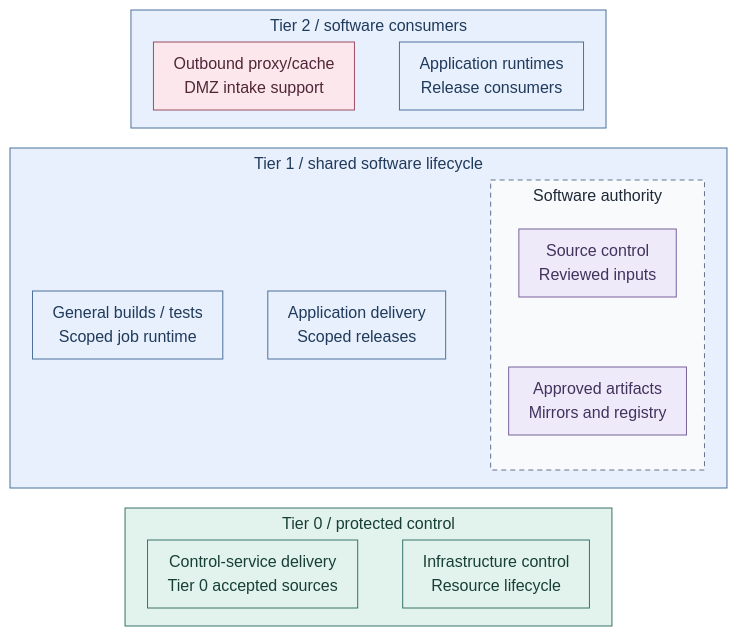
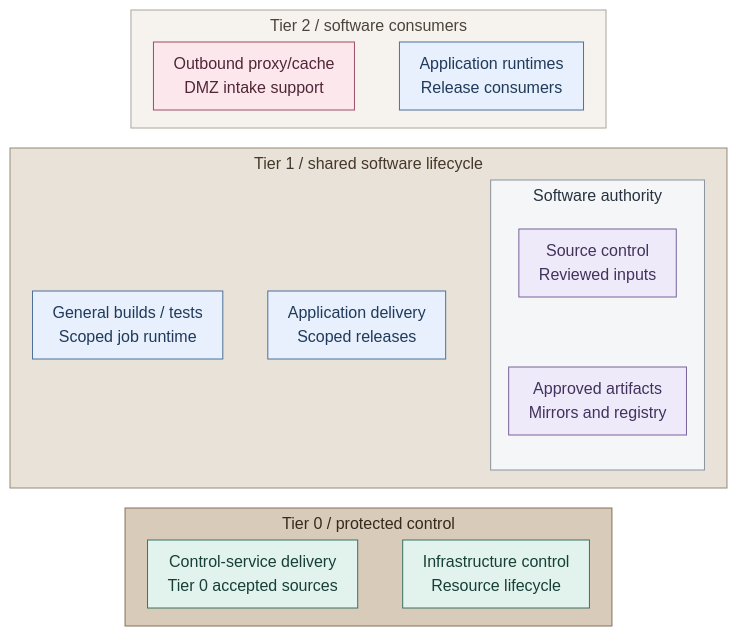
One commit to Rexus/homelab changed the first of 2 diagrams in docs/01-architecture/10-delivery/README.md. Above: the diagram before and after it, drawn with Mermaid. The commit also changed 108 other files, not shown here.

Commit message:
docs(diagrams): unify visual language and opening views

````diff
--- a/docs/01-architecture/10-delivery/README.md
+++ b/docs/01-architecture/10-delivery/README.md
@@ -22,41 +22,48 @@
 ```mermaid
 %%{init: {"theme":"base","flowchart":{"nodeSpacing":16,"rankSpacing":20,"padding":10,"subGraphTitleMargin":{"top":4,"bottom":10}},"themeVariables":{"lineColor":"#627581","edgeLabelBackground":"#f8fafc"}}}%%
 flowchart TB
   subgraph T2["Tier 2 / software consumers"]
     direction LR
     Cache["Outbound proxy/cache<br/>DMZ intake support"]
     Workloads["Application runtimes<br/>Release consumers"]
     Cache ~~~ Workloads
   end
   subgraph T1["Tier 1 / shared software lifecycle"]
     direction LR
     Build["General builds / tests<br/>Scoped job runtime"]
     Deploy["Application delivery<br/>Scoped releases"]
     subgraph Supply["Software authority"]
       direction TB
       Source["Source control<br/>Reviewed inputs"]
       Artifacts["Approved artifacts<br/>Mirrors and registry"]
       Source ~~~ Artifacts
     end
     Build ~~~ Deploy ~~~ Supply
   end
   subgraph T0["Tier 0 / protected control"]
     direction LR
     ControlDelivery["Control-service delivery<br/>Tier 0 accepted sources"]
     Hosting["Infrastructure control<br/>Resource lifecycle"]
     ControlDelivery ~~~ Hosting
   end
   T2 ~~~ T1 ~~~ T0
   classDef default fill:#f8fafc,stroke:#64748b,color:#1f2937
   classDef services fill:#e7f0fc,stroke:#4d719b,color:#203a5b
   classDef edge fill:#fce8ec,stroke:#9b4d67,color:#502638
   classDef control fill:#e2f3ed,stroke:#397366,color:#173f36
   classDef data fill:#eeeafa,stroke:#78639b,color:#42325d
-  classDef replicas fill:#f8fafc,stroke:#64748b,color:#1f2937,stroke-dasharray:5 4
-  class T2,T1,Workloads,Deploy services
+  classDef replicas fill:#f5f6f7,stroke:#89939e,color:#273340,stroke-dasharray:5 4
+  class Workloads,Deploy services
   class Cache edge
   class Build services
   class Source,Artifacts data
-  class Supply replicas
-  class T0,ControlDelivery,Hosting control
+  classDef group fill:#f5f6f7,stroke:#89939e,color:#273340
+  class Supply group
+  class ControlDelivery,Hosting control
+  classDef tier0 fill:#d8cbb9,stroke:#83715a,color:#352a1e
+  class T0 tier0
+  classDef tier1 fill:#e9e2d8,stroke:#968976,color:#44382a
+  class T1 tier1
+  classDef tier2 fill:#f6f3ef,stroke:#aca59b,color:#4b443c
+  class T2 tier2
 ```
````
